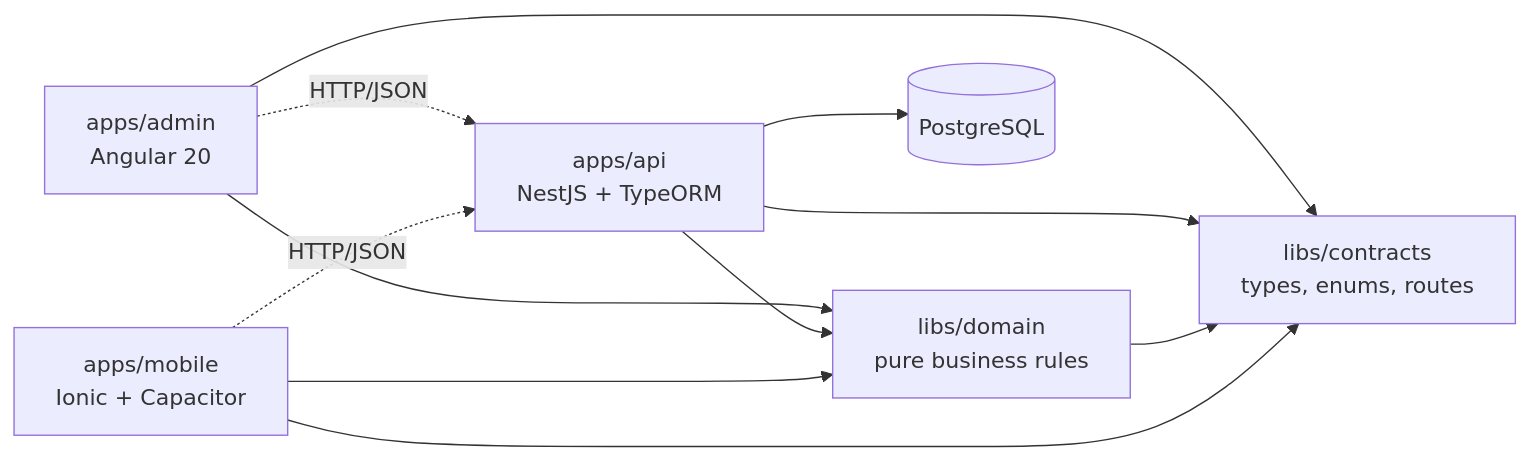
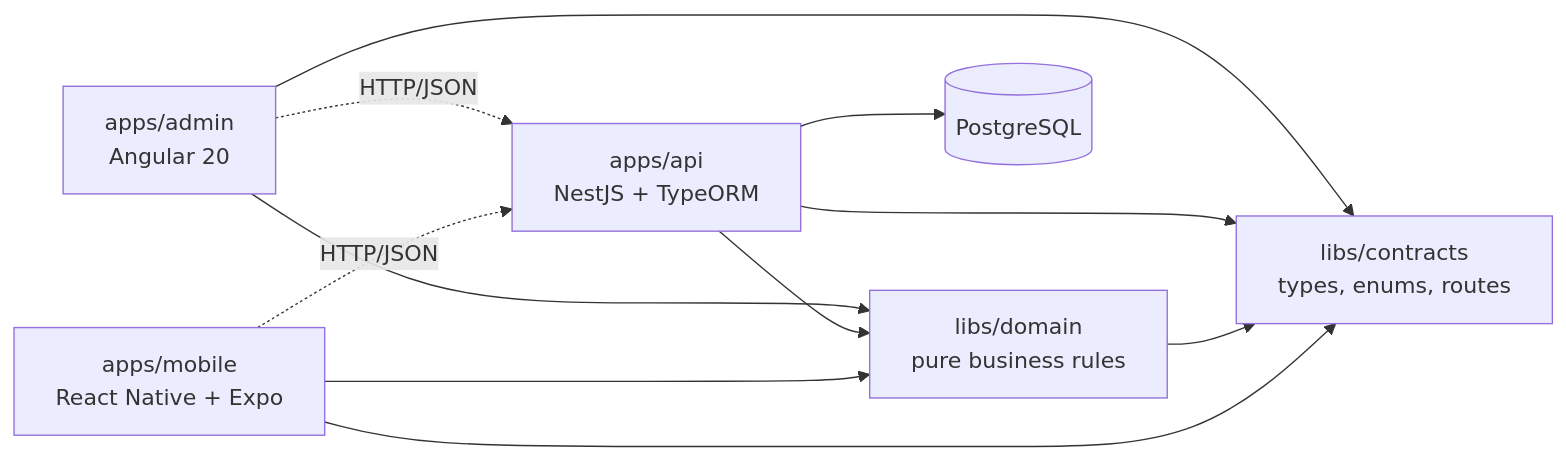
The first of 2 diagrams in docs/architecture.md (joseaplwork/junta), drawn with Mermaid before and after one commit. The commit also changed other lines of this file and 63 other files, not shown here.

First line of the commit message:
feat(mobile): rebuild the participant app with React Native and Expo

````diff
--- a/docs/architecture.md
+++ b/docs/architecture.md
@@ -5,13 +5,13 @@
 ```mermaid
 graph LR
   admin["apps/admin<br/>Angular 20"] --> contracts["libs/contracts<br/>types, enums, routes"]
   admin --> domain["libs/domain<br/>pure business rules"]
   api["apps/api<br/>NestJS + TypeORM"] --> contracts
   api --> domain
   domain --> contracts
-  mobile["apps/mobile<br/>Ionic + Capacitor"] --> contracts
+  mobile["apps/mobile<br/>React Native + Expo"] --> contracts
   mobile --> domain
   admin -. HTTP/JSON .-> api
   mobile -. HTTP/JSON .-> api
   api --> db[(PostgreSQL)]
 ```
````
